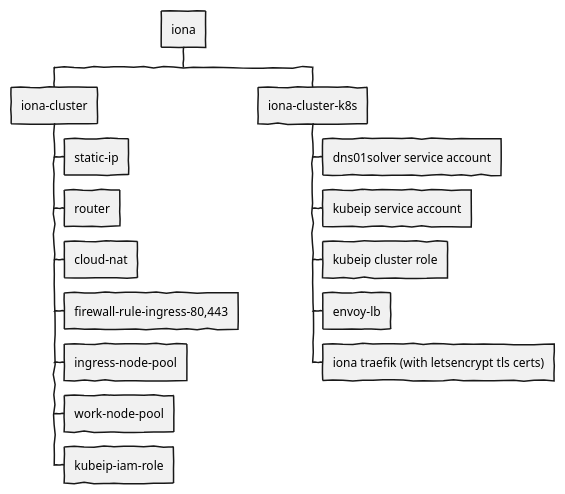
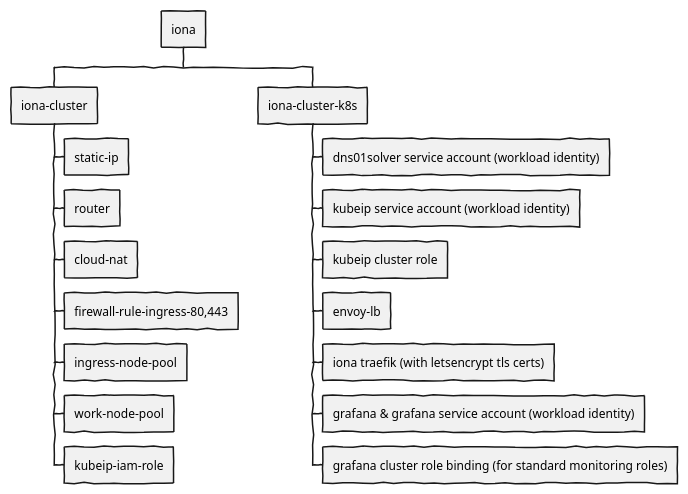
Before and after one commit to robinbryce/iona: the diagram in iona-wbs.iuml, drawn with PlantUML. The commit also changed 3 other files, not shown here.

```diff
--- a/iona-wbs.iuml
+++ b/iona-wbs.iuml
@@ -1,18 +1,20 @@
 @startwbs
 skinparam handwritten true
 * iona
 ** iona-cluster
 *** static-ip
 *** router
 *** cloud-nat
 *** firewall-rule-ingress-80,443
 *** ingress-node-pool
 *** work-node-pool
 *** kubeip-iam-role
 ** iona-cluster-k8s
-*** dns01solver service account
-*** kubeip service account
+*** dns01solver service account (workload identity)
+*** kubeip service account (workload identity)
 *** kubeip cluster role
 *** envoy-lb
 *** iona traefik (with letsencrypt tls certs)
+*** grafana & grafana service account (workload identity)
+*** grafana cluster role binding (for standard monitoring roles)
 @endwbs
```
